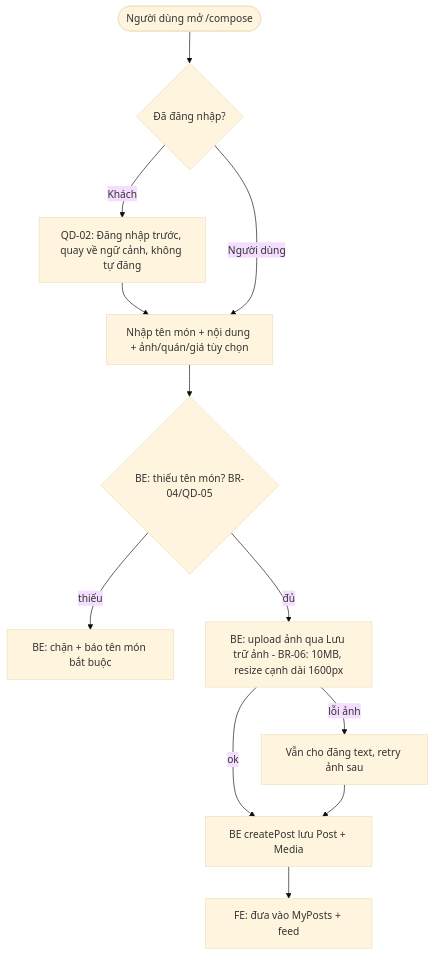
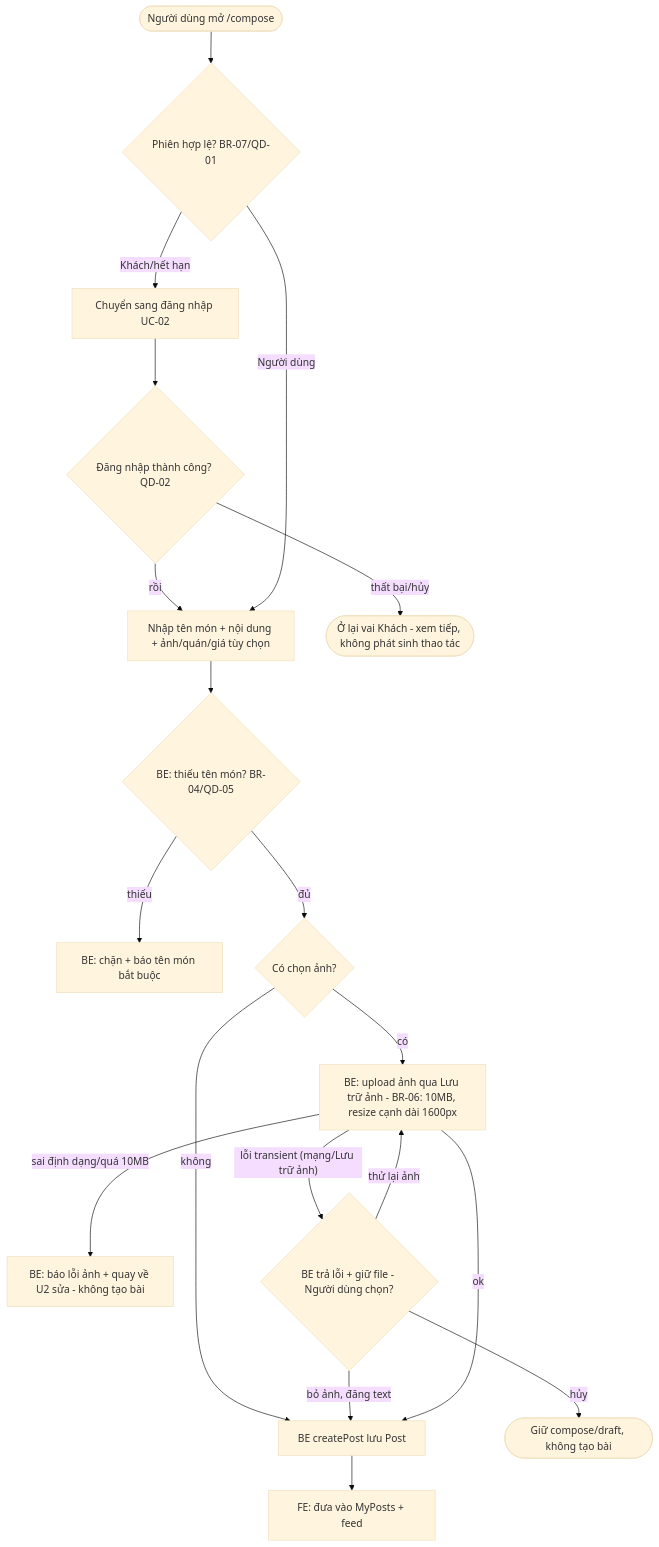
One commit to anqp5002/ToMateTo changed the first of 5 diagrams in docs/phase1-requirements/2.2_process_flows_BE.md. Above: the diagram before and after it, drawn with Mermaid (base theme). The commit also changed other lines of this file, not shown here.

Commit message:
update process flows

````diff
--- a/docs/phase1-requirements/2.2_process_flows_BE.md
+++ b/docs/phase1-requirements/2.2_process_flows_BE.md
@@ -24,14 +24,21 @@
 ```mermaid
 flowchart TB
-  U1([Người dùng mở /compose]) --> A1{Đã đăng nhập?}
-  A1 -- Khách --> L[QD-02: Đăng nhập trước, quay về ngữ cảnh, không tự đăng]
-  L --> U2
+  U1([Người dùng mở /compose]) --> A1{Phiên hợp lệ? BR-07/QD-01}
+  A1 -- Khách/hết hạn --> L[Chuyển sang đăng nhập UC-02]
+  L --> S{Đăng nhập thành công? QD-02}
+  S -- rồi --> U2
+  S -- thất bại/hủy --> G1([Ở lại vai Khách - xem tiếp, không phát sinh thao tác])
   A1 -- Người dùng --> U2[Nhập tên món + nội dung + ảnh/quán/giá tùy chọn]
   U2 --> B1{BE: thiếu tên món? BR-04/QD-05}
   B1 -- thiếu --> E1[BE: chặn + báo tên món bắt buộc]
-  B1 -- đủ --> B2[BE: upload ảnh qua Lưu trữ ảnh - BR-06: 10MB, resize cạnh dài 1600px]
-  B2 -- lỗi ảnh --> B3[Vẫn cho đăng text, retry ảnh sau]
-  B2 -- ok --> B4[BE createPost lưu Post + Media]
-  B3 --> B4
+  B1 -- đủ --> B0{Có chọn ảnh?}
+  B0 -- không --> B4[BE createPost lưu Post]
+  B0 -- có --> B2[BE: upload ảnh qua Lưu trữ ảnh - BR-06: 10MB, resize cạnh dài 1600px]
+  B2 -- sai định dạng/quá 10MB --> V1[BE: báo lỗi ảnh + quay về U2 sửa - không tạo bài]
+  B2 -- lỗi transient (mạng/Lưu trữ ảnh) --> D_IMG{BE trả lỗi + giữ file - Người dùng chọn?}
+  D_IMG -- thử lại ảnh --> B2
+  D_IMG -- bỏ ảnh, đăng text --> B4
+  D_IMG -- hủy --> H1([Giữ compose/draft, không tạo bài])
+  B2 -- ok --> B4
   B4 --> F1[FE: đưa vào MyPosts + feed]
 ```
````
